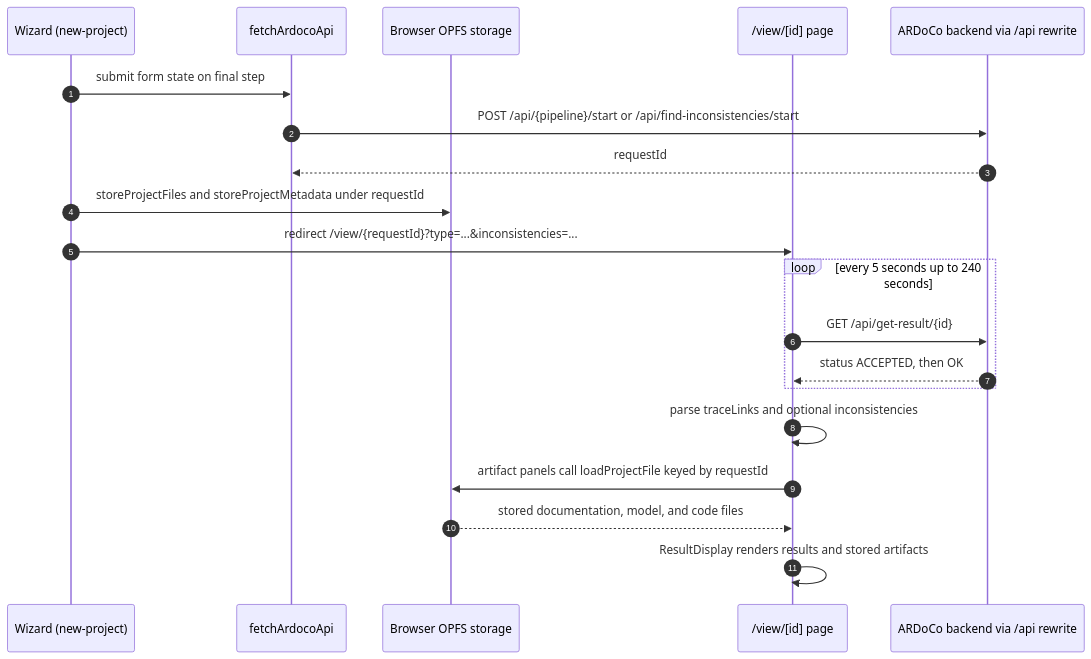
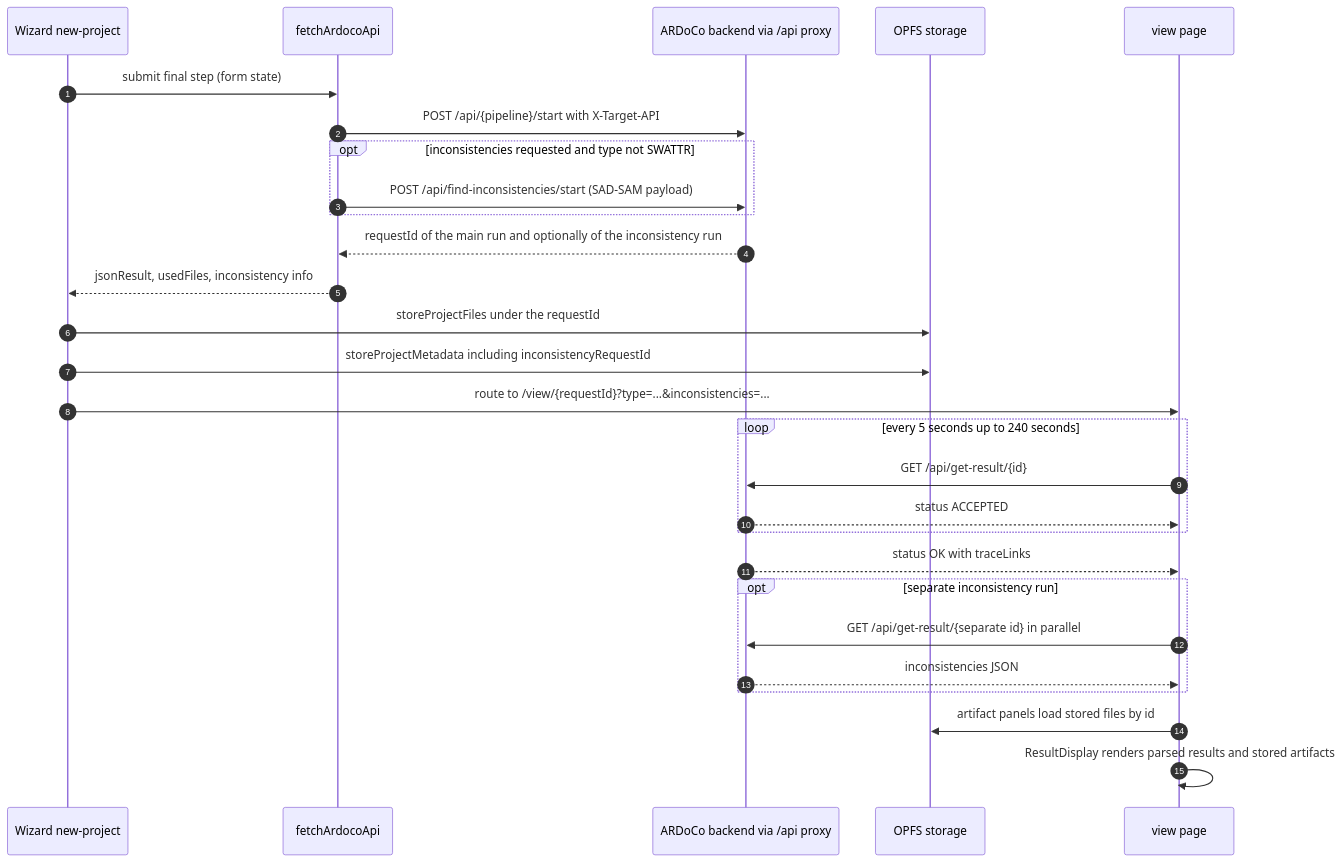
Before and after one commit to ardoco/traceview-v2: the second of 3 diagrams in openwiki/workflows.md, drawn with Mermaid. The commit also changed other lines of this file and 23 other files, not shown here.

````diff
--- a/openwiki/workflows.md
+++ b/openwiki/workflows.md
@@ -165,23 +196,31 @@
 ```mermaid
 sequenceDiagram
     autonumber
-    participant W as Wizard (new-project)
+    participant W as Wizard new-project
     participant API as fetchArdocoApi
-    participant OPFS as Browser OPFS storage
-    participant V as /view/[id] page
-    participant BE as ARDoCo backend via /api rewrite
+    participant BE as ARDoCo backend via /api proxy
+    participant OPFS as OPFS storage
+    participant V as view page
 
-    W->>API: submit form state on final step
-    API->>BE: POST /api/{pipeline}/start or /api/find-inconsistencies/start
-    BE-->>API: requestId
-    W->>OPFS: storeProjectFiles and storeProjectMetadata under requestId
-    W->>V: redirect /view/{requestId}?type=...&inconsistencies=...
+    W->>API: submit final step (form state)
+    API->>BE: POST /api/{pipeline}/start with X-Target-API
+    opt inconsistencies requested and type not SWATTR
+        API->>BE: POST /api/find-inconsistencies/start (SAD-SAM payload)
+    end
+    BE-->>API: requestId of the main run and optionally of the inconsistency run
+    API-->>W: jsonResult, usedFiles, inconsistency info
+    W->>OPFS: storeProjectFiles under the requestId
+    W->>OPFS: storeProjectMetadata including inconsistencyRequestId
+    W->>V: route to /view/{requestId}?type=...&inconsistencies=...
     loop every 5 seconds up to 240 seconds
         V->>BE: GET /api/get-result/{id}
-        BE-->>V: status ACCEPTED, then OK
+        BE-->>V: status ACCEPTED
     end
-    V->>V: parse traceLinks and optional inconsistencies
-    V->>OPFS: artifact panels call loadProjectFile keyed by requestId
-    OPFS-->>V: stored documentation, model, and code files
-    V->>V: ResultDisplay renders results and stored artifacts
+    BE-->>V: status OK with traceLinks
+    opt separate inconsistency run
+        V->>BE: GET /api/get-result/{separate id} in parallel
+        BE-->>V: inconsistencies JSON
+    end
+    V->>OPFS: artifact panels load stored files by id
+    V->>V: ResultDisplay renders parsed results and stored artifacts
 ```
````
